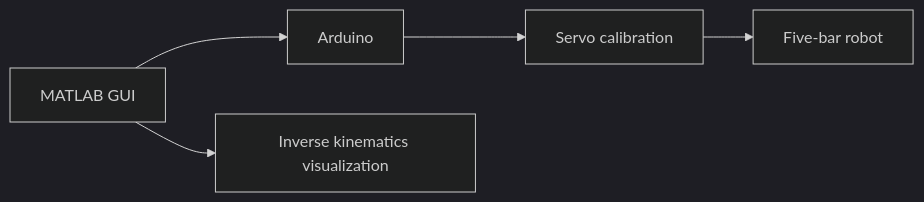
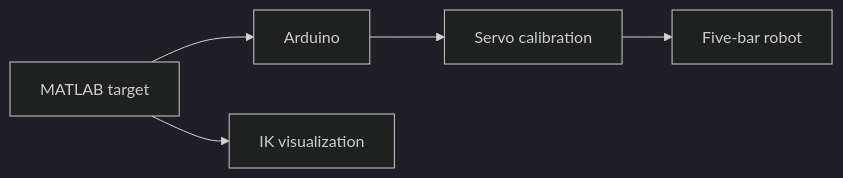
Before and after one commit to azatorl/Five-Bar-Parallel-Robot-: the diagram in README.md, drawn with Mermaid (dark theme). The commit also changed other lines of this file, not shown here.

````diff
--- a/README.md
+++ b/README.md
@@ -17,7 +21,7 @@
 ```mermaid
 flowchart LR
-    A[MATLAB GUI] --> B[Arduino]
-    A --> C[Inverse kinematics visualization]
+    A[MATLAB target] --> B[Arduino]
+    A --> C[IK visualization]
     B --> D[Servo calibration]
     D --> E[Five-bar robot]
 ```
````
